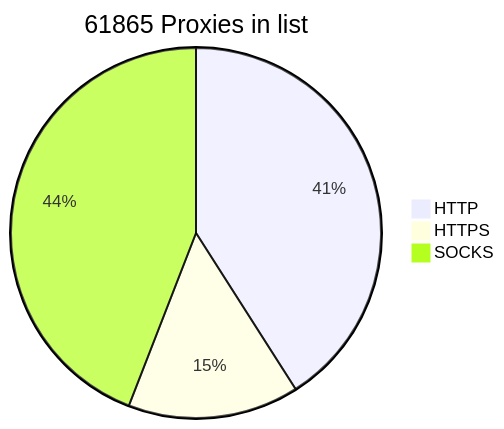
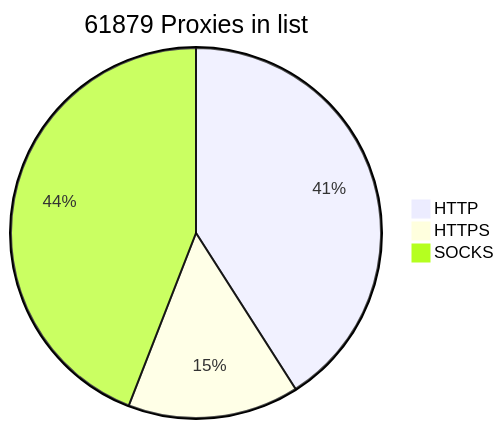
Before and after one commit to BlackSnowDot/proxylist-update-every-minute: the diagram in README.md, drawn with Mermaid.

````diff
--- a/README.md
+++ b/README.md
@@ -2,6 +2,6 @@
 ```mermaid
-pie title 61865 Proxies in list
-    "HTTP" : 28743
-    "HTTPS": 10486
+pie title 61879 Proxies in list
+    "HTTP" : 28746
+    "HTTPS": 10500
     "SOCKS" : 30944
 ```
````
